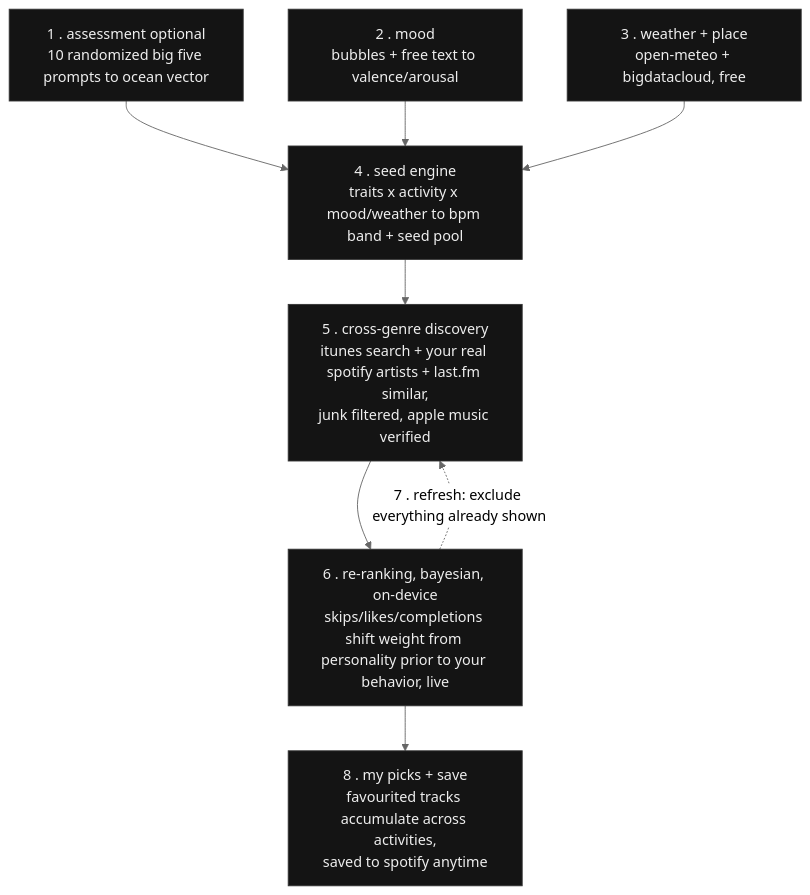
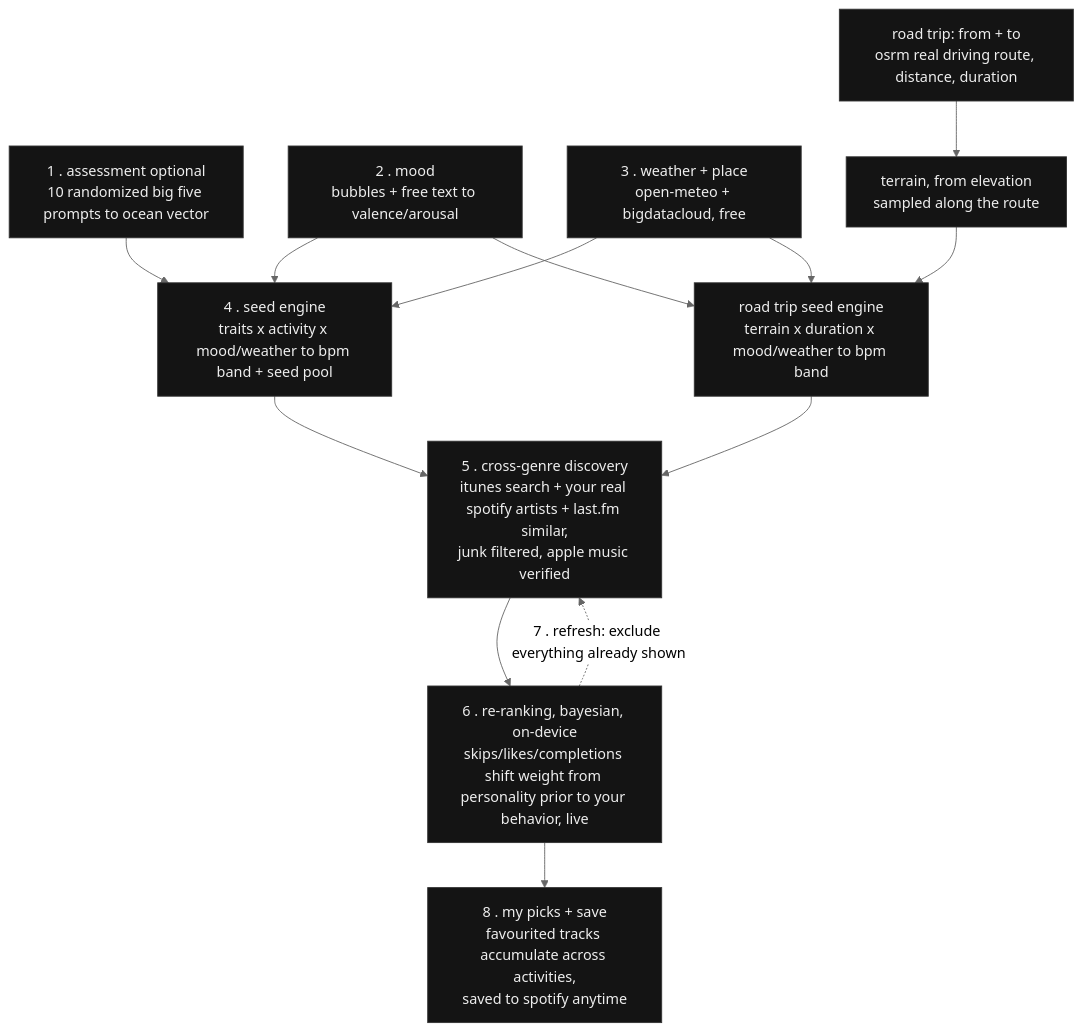
The second of 2 diagrams in README.md (SrijanChauhan/cadence), drawn with Mermaid (neutral theme) before and after one commit. The commit also changed other lines of this file, not shown here.

First line of the commit message:
Bring both README diagrams up to date with Road Trip mode

````diff
--- a/README.md
+++ b/README.md
@@ -83,14 +88,20 @@
 ```mermaid
 flowchart TD
   A["1 . assessment optional<br/>10 randomized big five prompts to ocean vector"] --> D
   B["2 . mood<br/>bubbles + free text to valence/arousal"] --> D
   C["3 . weather + place<br/>open-meteo + bigdatacloud, free"] --> D
   D["4 . seed engine<br/>traits x activity x mood/weather to bpm band + seed pool"] --> E
   E["5 . cross-genre discovery<br/>itunes search + your real spotify artists + last.fm similar,<br/>junk filtered, apple music verified"] --> F
   F["6 . re-ranking, bayesian, on-device<br/>skips/likes/completions shift weight from personality prior to your behavior, live"]
   F -. "7 . refresh: exclude everything already shown" .-> E
   F --> G["8 . my picks + save<br/>favourited tracks accumulate across activities,<br/>saved to spotify anytime"]
 
+  RT["road trip: from + to<br/>osrm real driving route, distance, duration"] --> TR["terrain, from elevation<br/>sampled along the route"]
+  TR --> RD["road trip seed engine<br/>terrain x duration x mood/weather to bpm band"]
+  B --> RD
+  C --> RD
+  RD --> E
+
   classDef box fill:#141414,stroke:#333,color:#eee;
-  class A,B,C,D,E,F,G box;
+  class A,B,C,D,E,F,G,RT,TR,RD box;
 ```
````
